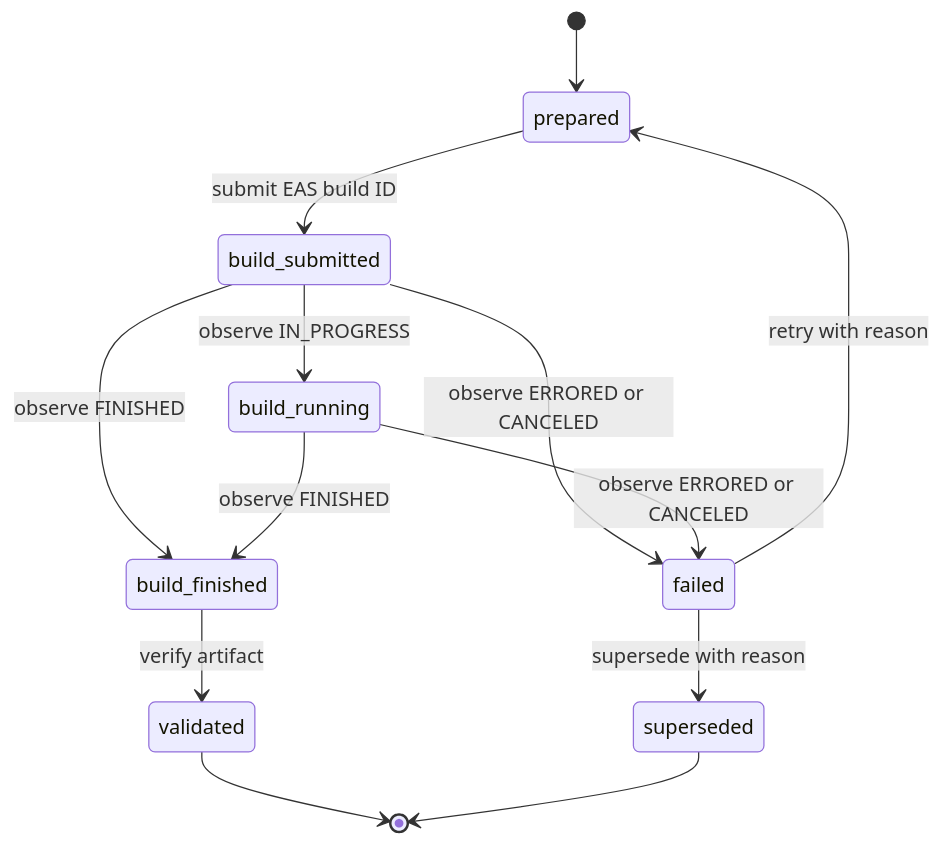
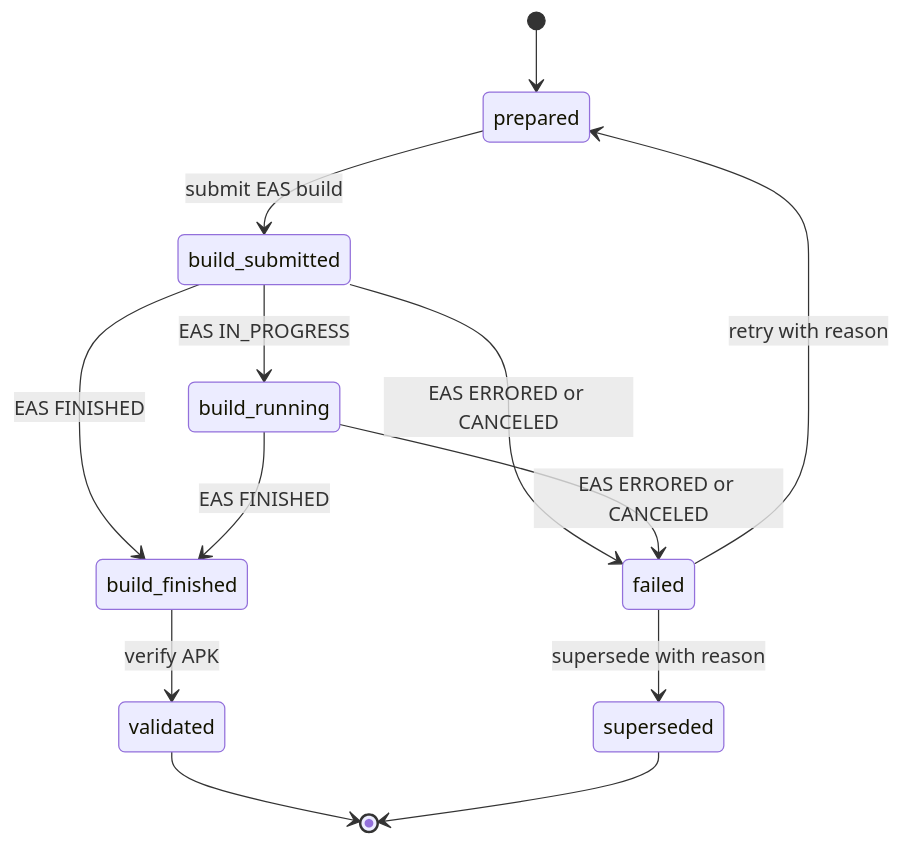
One commit to maximofn/gymnasia changed the second of 2 diagrams in openwiki/operations/build-release-and-testing.md. Above: the diagram before and after it, drawn with Mermaid. The commit also changed other lines of this file and 52 other files, not shown here.

````diff
--- a/openwiki/operations/build-release-and-testing.md
+++ b/openwiki/operations/build-release-and-testing.md
@@ -159,15 +145,15 @@
 ```mermaid
 stateDiagram-v2
     [*] --> prepared
-    prepared --> build_submitted: submit EAS build ID
-    build_submitted --> build_running: observe IN_PROGRESS
-    build_submitted --> build_finished: observe FINISHED
-    build_running --> build_finished: observe FINISHED
-    build_submitted --> failed: observe ERRORED or CANCELED
-    build_running --> failed: observe ERRORED or CANCELED
+    prepared --> build_submitted: submit EAS build
+    build_submitted --> build_running: EAS IN_PROGRESS
+    build_submitted --> build_finished: EAS FINISHED
+    build_running --> build_finished: EAS FINISHED
+    build_submitted --> failed: EAS ERRORED or CANCELED
+    build_running --> failed: EAS ERRORED or CANCELED
     failed --> prepared: retry with reason
     failed --> superseded: supersede with reason
-    build_finished --> validated: verify artifact
+    build_finished --> validated: verify APK
     validated --> [*]
     superseded --> [*]
 ```
````
